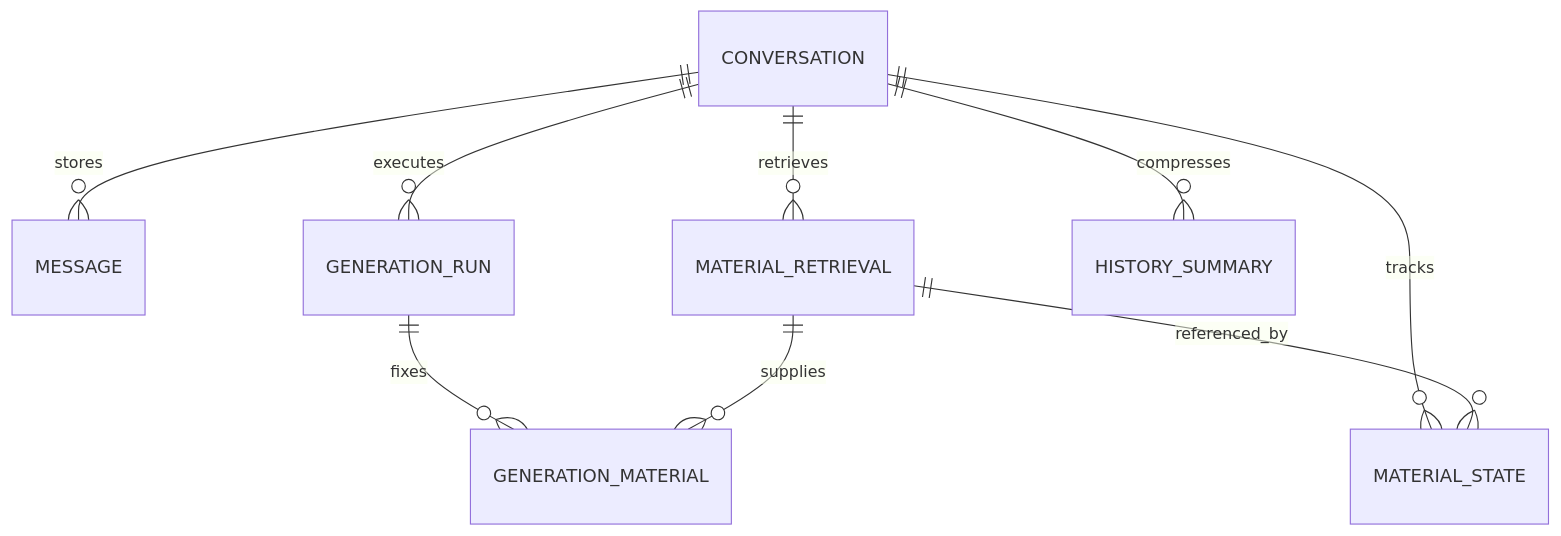
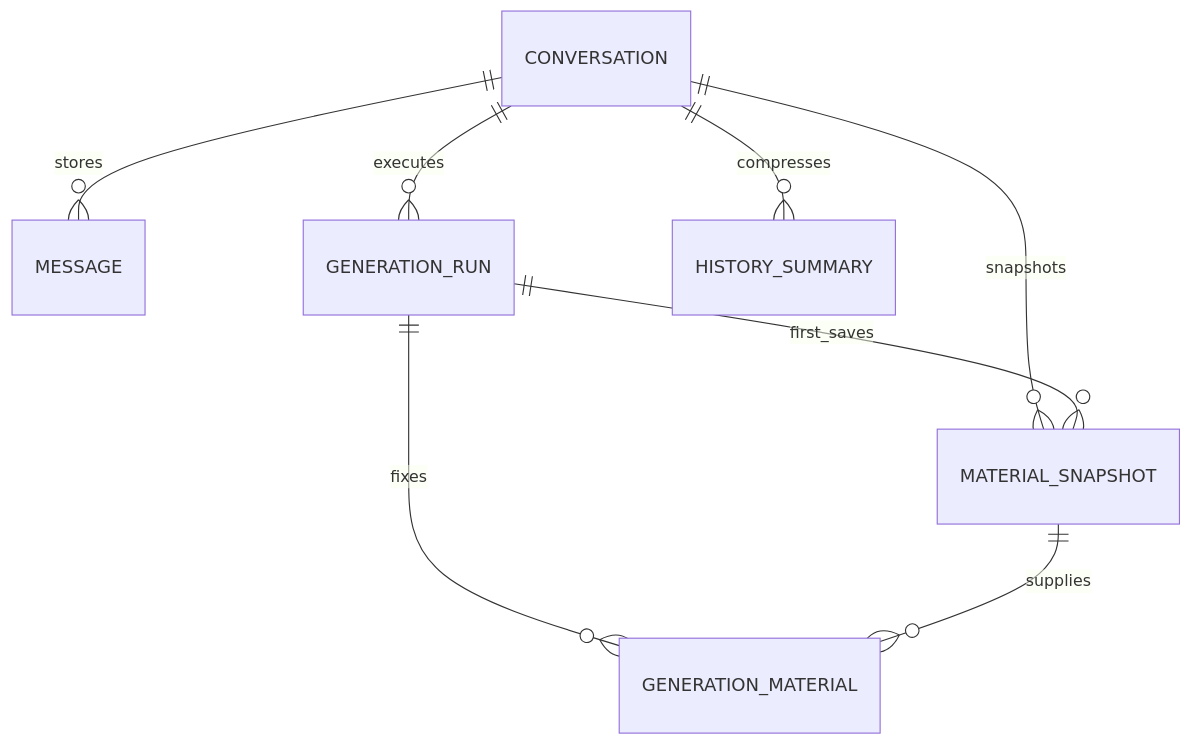
Before and after one commit to ECE1724-Team/ECE_1724_finalproject: the second of 2 diagrams in docs/Database_Design.md, drawn with Mermaid. The commit also changed other lines of this file and 4 other files, not shown here.

````diff
--- a/docs/Database_Design.md
+++ b/docs/Database_Design.md
@@ -114,11 +119,10 @@
 ```mermaid
 erDiagram
     CONVERSATION ||--o{ MESSAGE : stores
     CONVERSATION ||--o{ GENERATION_RUN : executes
-    CONVERSATION ||--o{ MATERIAL_RETRIEVAL : retrieves
-    CONVERSATION ||--o{ MATERIAL_STATE : tracks
+    CONVERSATION ||--o{ MATERIAL_SNAPSHOT : snapshots
     CONVERSATION ||--o{ HISTORY_SUMMARY : compresses
-    MATERIAL_RETRIEVAL ||--o{ MATERIAL_STATE : referenced_by
+    GENERATION_RUN ||--o{ MATERIAL_SNAPSHOT : first_saves
     GENERATION_RUN ||--o{ GENERATION_MATERIAL : fixes
-    MATERIAL_RETRIEVAL ||--o{ GENERATION_MATERIAL : supplies
+    MATERIAL_SNAPSHOT ||--o{ GENERATION_MATERIAL : supplies
 ```
````
